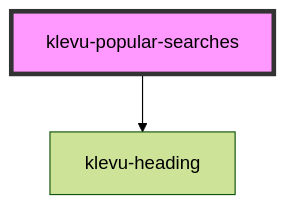
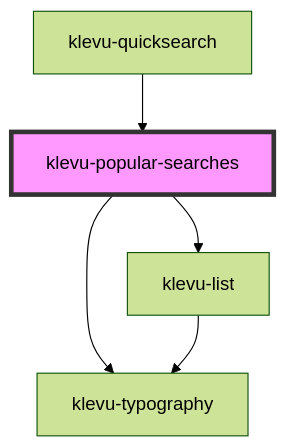
One commit to klevultd/frontend-sdk changed the diagram in packages/klevu-ui/src/components/klevu-popular-searches/readme.md. Above: the diagram before and after it, drawn with Mermaid (forest theme). The commit also changed other lines of this file and 199 other files, not shown here.

````diff
--- a/packages/klevu-ui/src/components/klevu-popular-searches/readme.md
+++ b/packages/klevu-ui/src/components/klevu-popular-searches/readme.md
@@ -27,5 +36,8 @@
 ```mermaid
 graph TD;
-  klevu-popular-searches --> klevu-heading
+  klevu-popular-searches --> klevu-typography
+  klevu-popular-searches --> klevu-list
+  klevu-list --> klevu-typography
+  klevu-quicksearch --> klevu-popular-searches
   style klevu-popular-searches fill:#f9f,stroke:#333,stroke-width:4px
 ```
````
